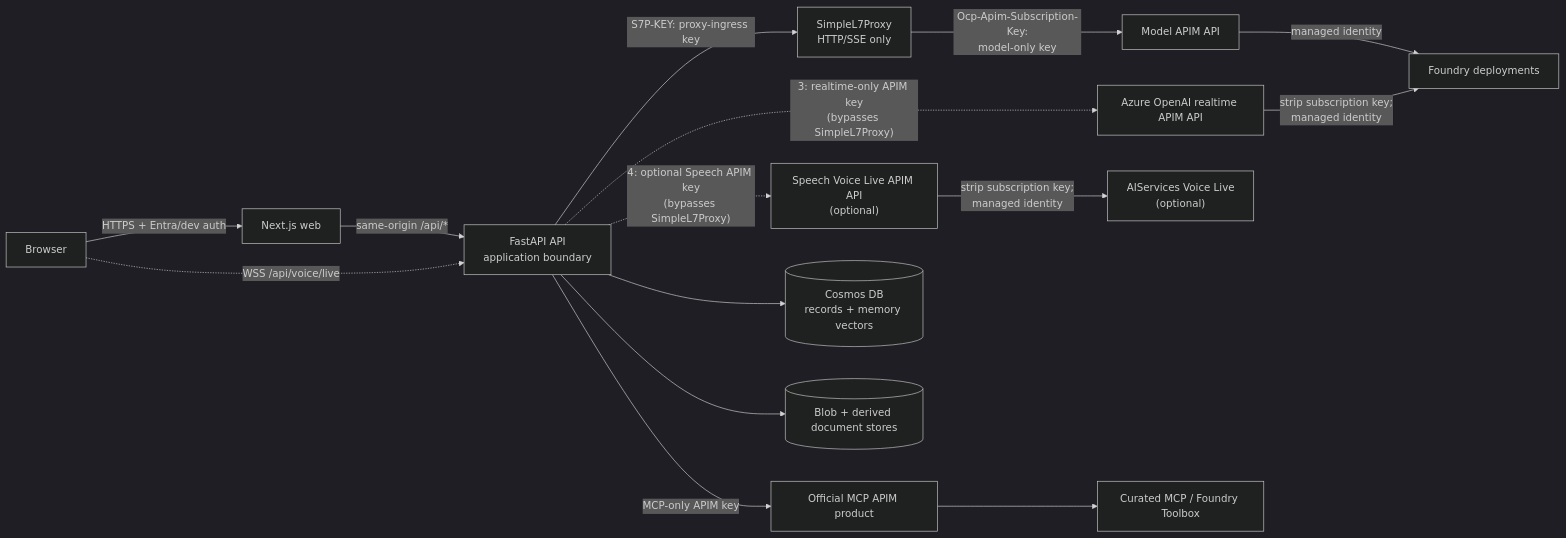
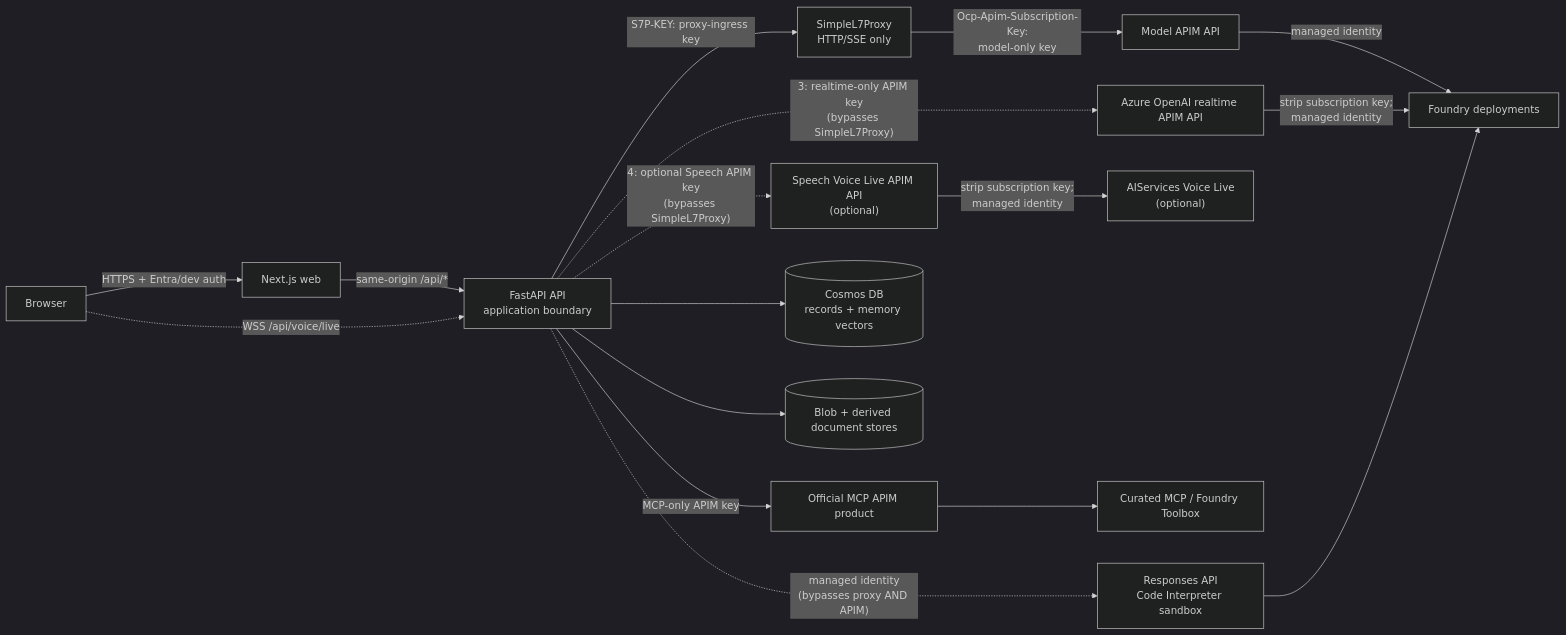
Before and after one commit to ian-t-adams/AI4IA: the diagram in docs/architecture.md, drawn with Mermaid (dark theme). The commit also changed other lines of this file and 8 other files, not shown here.

````diff
--- a/docs/architecture.md
+++ b/docs/architecture.md
@@ -58,31 +68,34 @@
 ```mermaid
 flowchart LR
   B["Browser"]
   W["Next.js web"]
   A["FastAPI API<br/>application boundary"]
   P["SimpleL7Proxy<br/>HTTP/SSE only"]
   G["Model APIM API"]
   R["Azure OpenAI realtime APIM API"]
   V["Speech Voice Live APIM API<br/>(optional)"]
   M["Official MCP APIM product"]
   F["Foundry deployments"]
   S["AIServices Voice Live<br/>(optional)"]
   T["Curated MCP / Foundry Toolbox"]
+  X["Responses API<br/>Code Interpreter sandbox"]
   C[("Cosmos DB<br/>records + memory vectors")]
   D[("Blob + derived document stores")]
 
   B -->|"HTTPS + Entra/dev auth"| W
   W -->|"same-origin /api/*"| A
   B -. "WSS /api/voice/live" .-> A
   A -->|"S7P-KEY: proxy-ingress key"| P
   P -->|"Ocp-Apim-Subscription-Key:<br/>model-only key"| G
   G -->|"managed identity"| F
   A -. "3: realtime-only APIM key<br/>(bypasses SimpleL7Proxy)" .-> R
   R -->|"strip subscription key;<br/>managed identity"| F
   A -. "4: optional Speech APIM key<br/>(bypasses SimpleL7Proxy)" .-> V
   V -->|"strip subscription key;<br/>managed identity"| S
   A -->|"MCP-only APIM key"| M
   M --> T
+  A -. "managed identity<br/>(bypasses proxy AND APIM)" .-> X
+  X --> F
   A --> C
   A --> D
 ```
````
